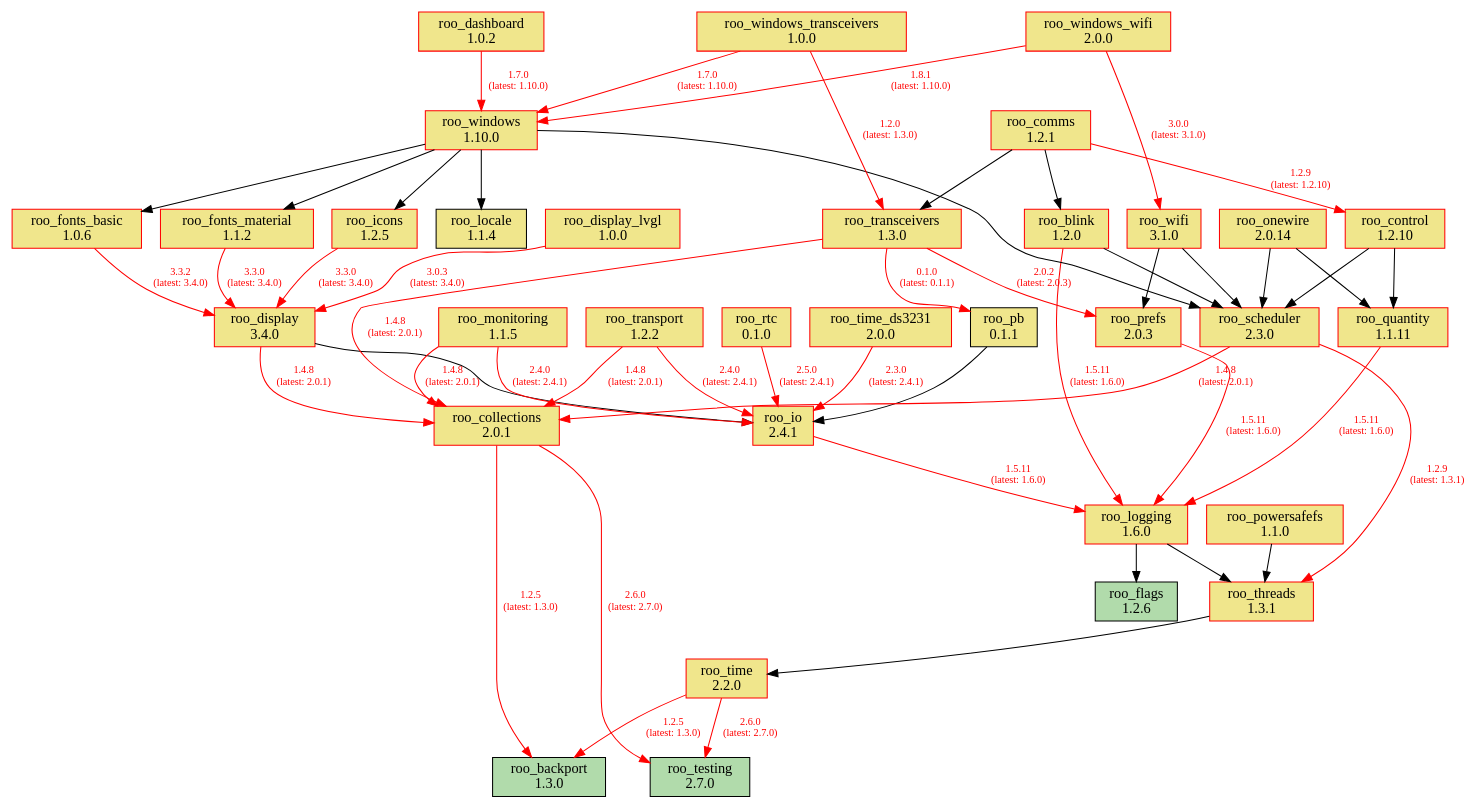
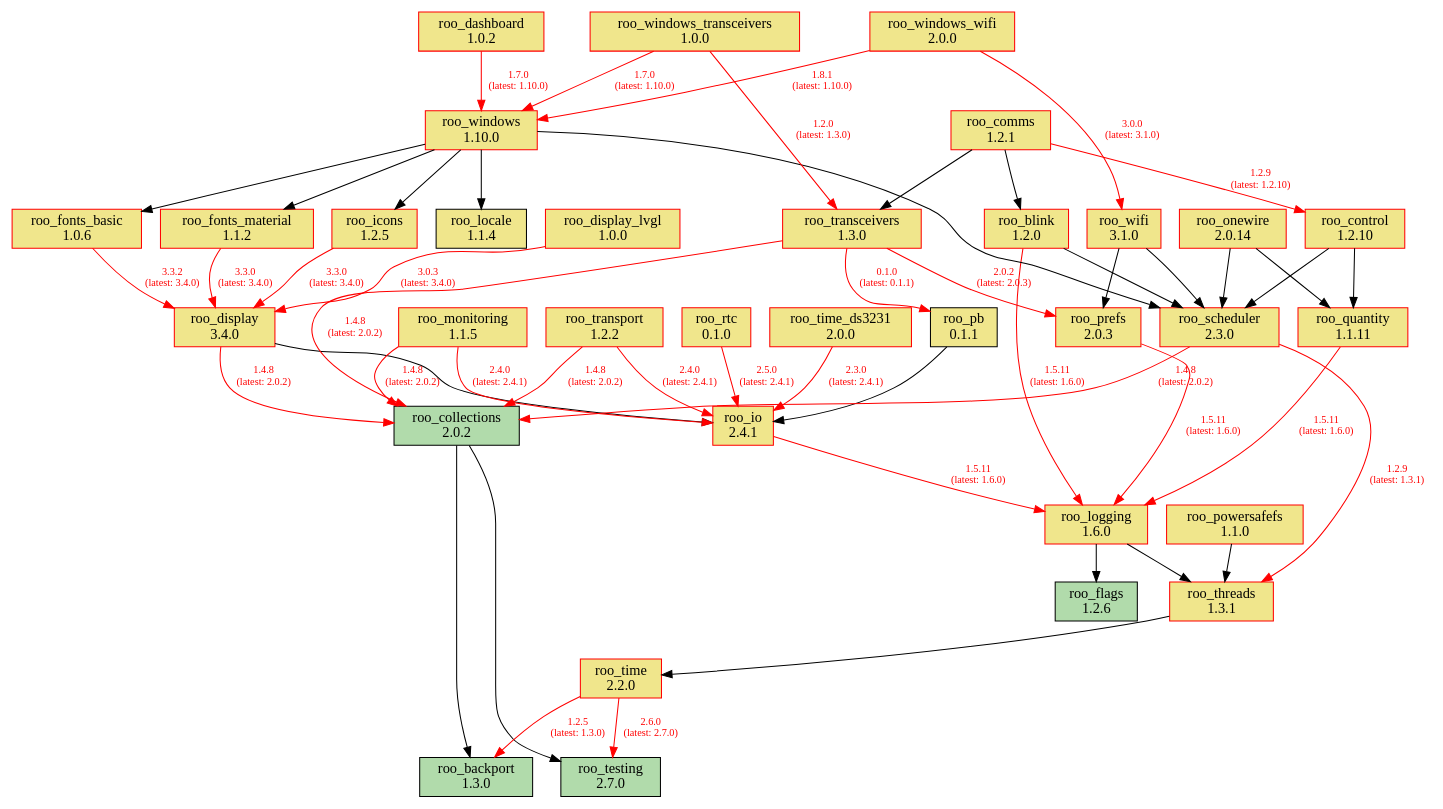
One commit to dejwk/roo-registry changed the diagram in doc/dependencies.dot. Above: the diagram before and after it, drawn with Graphviz. The commit also changed 3 other files, not shown here.

Commit message:
Added roo_collections 2.0.2 to the registry.

```diff
--- a/doc/dependencies.dot
+++ b/doc/dependencies.dot
@@ -1,92 +1,92 @@
 digraph dependencies {
     rankdir=TB;
     node [shape=box, style=filled];
     edge [fontsize=10];
 
     // Modules
     "roo_backport" [label="roo_backport\n1.3.0", fillcolor="#b1dbab", color="black"];
     "roo_blink" [label="roo_blink\n1.2.0", fillcolor="khaki", color="red"];
-    "roo_collections" [label="roo_collections\n2.0.1", fillcolor="khaki", color="red"];
+    "roo_collections" [label="roo_collections\n2.0.2", fillcolor="#b1dbab", color="black"];
     "roo_comms" [label="roo_comms\n1.2.1", fillcolor="khaki", color="red"];
     "roo_control" [label="roo_control\n1.2.10", fillcolor="khaki", color="red"];
     "roo_dashboard" [label="roo_dashboard\n1.0.2", fillcolor="khaki", color="red"];
     "roo_display" [label="roo_display\n3.4.0", fillcolor="khaki", color="red"];
     "roo_display_lvgl" [label="roo_display_lvgl\n1.0.0", fillcolor="khaki", color="red"];
     "roo_flags" [label="roo_flags\n1.2.6", fillcolor="#b1dbab", color="black"];
     "roo_fonts_basic" [label="roo_fonts_basic\n1.0.6", fillcolor="khaki", color="red"];
     "roo_fonts_material" [label="roo_fonts_material\n1.1.2", fillcolor="khaki", color="red"];
     "roo_icons" [label="roo_icons\n1.2.5", fillcolor="khaki", color="red"];
     "roo_io" [label="roo_io\n2.4.1", fillcolor="khaki", color="red"];
     "roo_locale" [label="roo_locale\n1.1.4", fillcolor="khaki", color="black"];
     "roo_logging" [label="roo_logging\n1.6.0", fillcolor="khaki", color="red"];
     "roo_monitoring" [label="roo_monitoring\n1.1.5", fillcolor="khaki", color="red"];
     "roo_onewire" [label="roo_onewire\n2.0.14", fillcolor="khaki", color="red"];
     "roo_pb" [label="roo_pb\n0.1.1", fillcolor="khaki", color="black"];
     "roo_powersafefs" [label="roo_powersafefs\n1.1.0", fillcolor="khaki", color="red"];
     "roo_prefs" [label="roo_prefs\n2.0.3", fillcolor="khaki", color="red"];
     "roo_quantity" [label="roo_quantity\n1.1.11", fillcolor="khaki", color="red"];
     "roo_rtc" [label="roo_rtc\n0.1.0", fillcolor="khaki", color="red"];
     "roo_scheduler" [label="roo_scheduler\n2.3.0", fillcolor="khaki", color="red"];
     "roo_testing" [label="roo_testing\n2.7.0", fillcolor="#b1dbab", color="black"];
     "roo_threads" [label="roo_threads\n1.3.1", fillcolor="khaki", color="red"];
     "roo_time" [label="roo_time\n2.2.0", fillcolor="khaki", color="red"];
     "roo_time_ds3231" [label="roo_time_ds3231\n2.0.0", fillcolor="khaki", color="red"];
     "roo_transceivers" [label="roo_transceivers\n1.3.0", fillcolor="khaki", color="red"];
     "roo_transport" [label="roo_transport\n1.2.2", fillcolor="khaki", color="red"];
     "roo_wifi" [label="roo_wifi\n3.1.0", fillcolor="khaki", color="red"];
     "roo_windows" [label="roo_windows\n1.10.0", fillcolor="khaki", color="red"];
     "roo_windows_transceivers" [label="roo_windows_transceivers\n1.0.0", fillcolor="khaki", color="red"];
     "roo_windows_wifi" [label="roo_windows_wifi\n2.0.0", fillcolor="khaki", color="red"];
 
     // Dependencies
     "roo_blink" -> "roo_logging" [color=red, fontcolor=red, label="1.5.11\n(latest: 1.6.0)"];
     "roo_blink" -> "roo_scheduler";
-    "roo_collections" -> "roo_testing" [color=red, fontcolor=red, label="2.6.0\n(latest: 2.7.0)"];
-    "roo_collections" -> "roo_backport" [color=red, fontcolor=red, label="1.2.5\n(latest: 1.3.0)"];
+    "roo_collections" -> "roo_testing";
+    "roo_collections" -> "roo_backport";
     "roo_comms" -> "roo_blink";
     "roo_comms" -> "roo_control" [color=red, fontcolor=red, label="1.2.9\n(latest: 1.2.10)"];
     "roo_comms" -> "roo_transceivers";
     "roo_control" -> "roo_quantity";
     "roo_control" -> "roo_scheduler";
     "roo_dashboard" -> "roo_windows" [color=red, fontcolor=red, label="1.7.0\n(latest: 1.10.0)"];
-    "roo_display" -> "roo_collections" [color=red, fontcolor=red, label="1.4.8\n(latest: 2.0.1)"];
+    "roo_display" -> "roo_collections" [color=red, fontcolor=red, label="1.4.8\n(latest: 2.0.2)"];
     "roo_display" -> "roo_io";
     "roo_display_lvgl" -> "roo_display" [color=red, fontcolor=red, label="3.0.3\n(latest: 3.4.0)"];
     "roo_fonts_basic" -> "roo_display" [color=red, fontcolor=red, label="3.3.2\n(latest: 3.4.0)"];
     "roo_fonts_material" -> "roo_display" [color=red, fontcolor=red, label="3.3.0\n(latest: 3.4.0)"];
     "roo_icons" -> "roo_display" [color=red, fontcolor=red, label="3.3.0\n(latest: 3.4.0)"];
     "roo_io" -> "roo_logging" [color=red, fontcolor=red, label="1.5.11\n(latest: 1.6.0)"];
     "roo_logging" -> "roo_flags";
     "roo_logging" -> "roo_threads";
-    "roo_monitoring" -> "roo_collections" [color=red, fontcolor=red, label="1.4.8\n(latest: 2.0.1)"];
+    "roo_monitoring" -> "roo_collections" [color=red, fontcolor=red, label="1.4.8\n(latest: 2.0.2)"];
     "roo_monitoring" -> "roo_io" [color=red, fontcolor=red, label="2.4.0\n(latest: 2.4.1)"];
     "roo_onewire" -> "roo_scheduler";
     "roo_onewire" -> "roo_quantity";
     "roo_pb" -> "roo_io";
     "roo_powersafefs" -> "roo_threads";
     "roo_prefs" -> "roo_logging" [color=red, fontcolor=red, label="1.5.11\n(latest: 1.6.0)"];
     "roo_quantity" -> "roo_logging" [color=red, fontcolor=red, label="1.5.11\n(latest: 1.6.0)"];
     "roo_rtc" -> "roo_io" [color=red, fontcolor=red, label="2.5.0\n(latest: 2.4.1)"];
-    "roo_scheduler" -> "roo_collections" [color=red, fontcolor=red, label="1.4.8\n(latest: 2.0.1)"];
+    "roo_scheduler" -> "roo_collections" [color=red, fontcolor=red, label="1.4.8\n(latest: 2.0.2)"];
     "roo_scheduler" -> "roo_threads" [color=red, fontcolor=red, label="1.2.9\n(latest: 1.3.1)"];
     "roo_threads" -> "roo_time";
     "roo_time" -> "roo_testing" [color=red, fontcolor=red, label="2.6.0\n(latest: 2.7.0)"];
     "roo_time" -> "roo_backport" [color=red, fontcolor=red, label="1.2.5\n(latest: 1.3.0)"];
     "roo_time_ds3231" -> "roo_io" [color=red, fontcolor=red, label="2.3.0\n(latest: 2.4.1)"];
     "roo_transceivers" -> "roo_pb" [color=red, fontcolor=red, label="0.1.0\n(latest: 0.1.1)"];
-    "roo_transceivers" -> "roo_collections" [color=red, fontcolor=red, label="1.4.8\n(latest: 2.0.1)"];
+    "roo_transceivers" -> "roo_collections" [color=red, fontcolor=red, label="1.4.8\n(latest: 2.0.2)"];
     "roo_transceivers" -> "roo_prefs" [color=red, fontcolor=red, label="2.0.2\n(latest: 2.0.3)"];
-    "roo_transport" -> "roo_collections" [color=red, fontcolor=red, label="1.4.8\n(latest: 2.0.1)"];
+    "roo_transport" -> "roo_collections" [color=red, fontcolor=red, label="1.4.8\n(latest: 2.0.2)"];
     "roo_transport" -> "roo_io" [color=red, fontcolor=red, label="2.4.0\n(latest: 2.4.1)"];
     "roo_wifi" -> "roo_prefs";
     "roo_wifi" -> "roo_scheduler";
     "roo_windows" -> "roo_fonts_basic";
     "roo_windows" -> "roo_fonts_material";
     "roo_windows" -> "roo_locale";
     "roo_windows" -> "roo_icons";
     "roo_windows" -> "roo_scheduler";
     "roo_windows_transceivers" -> "roo_transceivers" [color=red, fontcolor=red, label="1.2.0\n(latest: 1.3.0)"];
     "roo_windows_transceivers" -> "roo_windows" [color=red, fontcolor=red, label="1.7.0\n(latest: 1.10.0)"];
     "roo_windows_wifi" -> "roo_wifi" [color=red, fontcolor=red, label="3.0.0\n(latest: 3.1.0)"];
     "roo_windows_wifi" -> "roo_windows" [color=red, fontcolor=red, label="1.8.1\n(latest: 1.10.0)"];
 }
```
